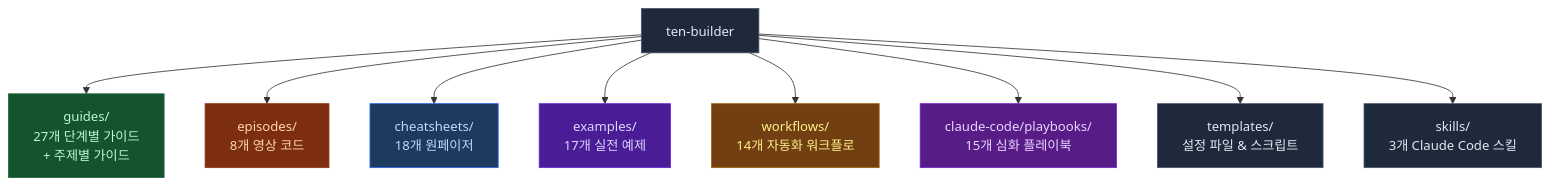
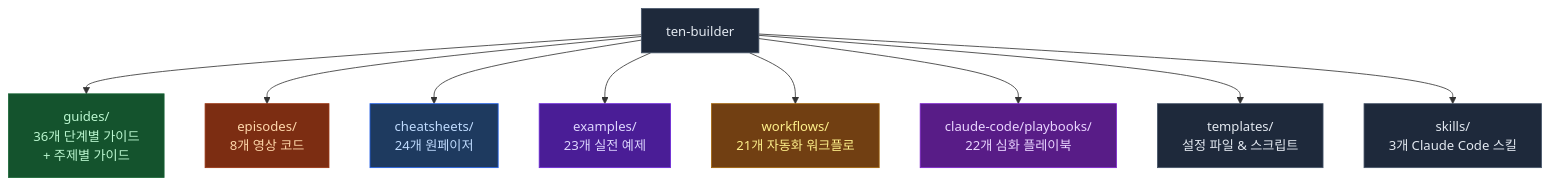
One commit to AndrewRoh/ten-builder changed the first of 2 diagrams in README.md. Above: the diagram before and after it, drawn with Mermaid. The commit also changed other lines of this file, not shown here.

````diff
--- a/README.md
+++ b/README.md
@@ -23,21 +23,21 @@
 ```mermaid
 flowchart TD
-    R["ten-builder"] --> G["guides/\n27개 단계별 가이드\n+ 주제별 가이드"]
+    R["ten-builder"] --> G["guides/\n36개 단계별 가이드\n+ 주제별 가이드"]
     R --> E["episodes/\n8개 영상 코드"]
-    R --> C["cheatsheets/\n18개 원페이저"]
-    R --> EX["examples/\n17개 실전 예제"]
-    R --> W["workflows/\n14개 자동화 워크플로"]
-    R --> P["claude-code/playbooks/\n15개 심화 플레이북"]
+    R --> C["cheatsheets/\n24개 원페이저"]
+    R --> EX["examples/\n23개 실전 예제"]
+    R --> W["workflows/\n21개 자동화 워크플로"]
+    R --> P["claude-code/playbooks/\n22개 심화 플레이북"]
     R --> T["templates/\n설정 파일 & 스크립트"]
     R --> S["skills/\n3개 Claude Code 스킬"]
 
     style R fill:#1e293b,stroke:#475569,color:#e2e8f0
     style G fill:#14532d,stroke:#166534,color:#bbf7d0
     style E fill:#7c2d12,stroke:#9a3412,color:#fed7aa
     style C fill:#1e3a5f,stroke:#2563eb,color:#bfdbfe
     style EX fill:#4a1d96,stroke:#6d28d9,color:#ddd6fe
     style W fill:#713f12,stroke:#a16207,color:#fef08a
     style P fill:#581c87,stroke:#7e22ce,color:#e9d5ff
     style T fill:#1e293b,stroke:#475569,color:#e2e8f0
     style S fill:#1e293b,stroke:#475569,color:#e2e8f0
 ```
````
